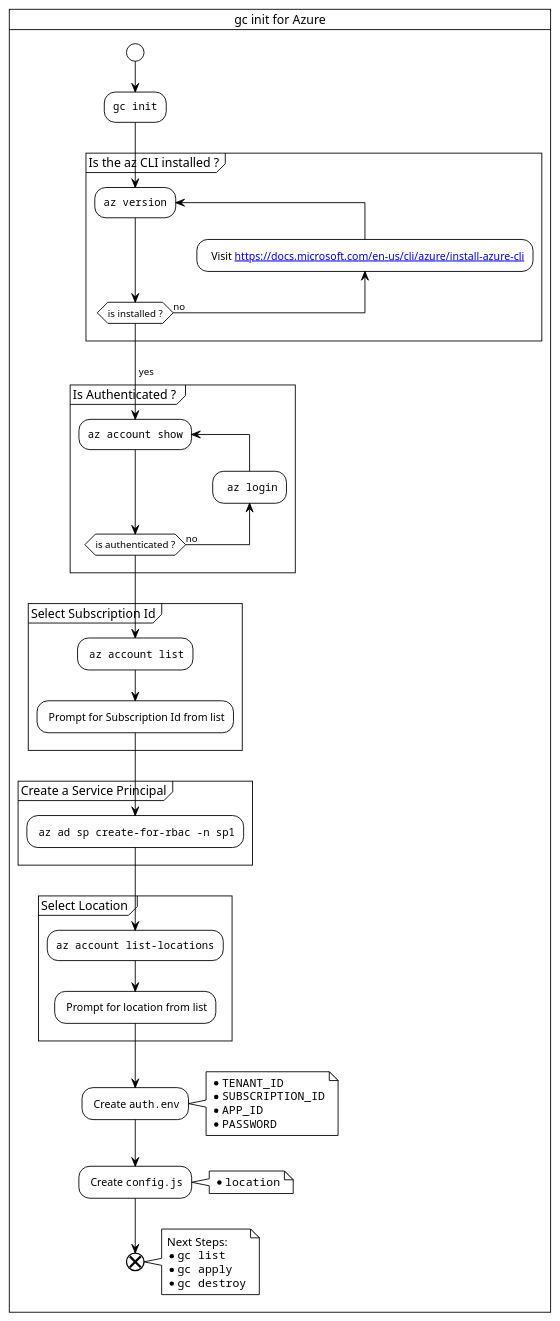
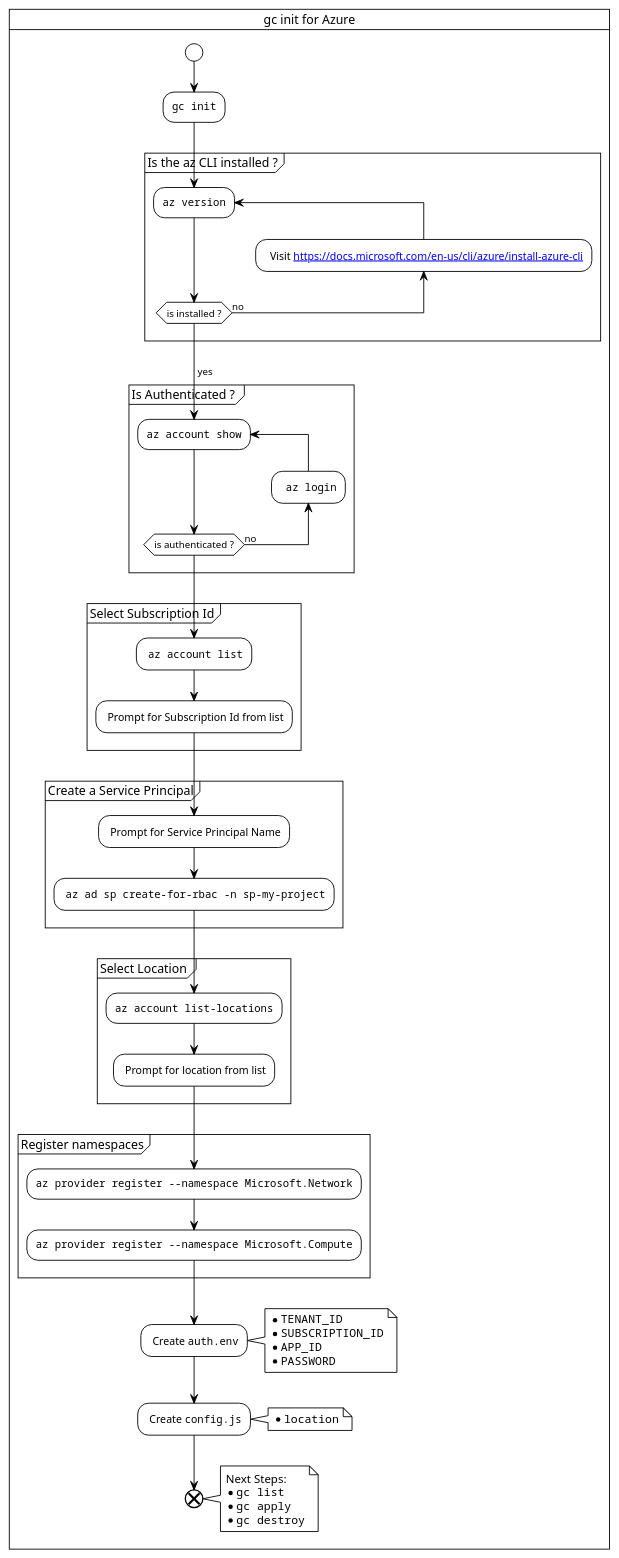
Before and after one commit to grucloud/grucloud: the diagram in docusaurus/plantuml/gc-init-azure.puml, drawn with PlantUML. The commit also changed 4 other files, not shown here.

```diff
--- a/docusaurus/plantuml/gc-init-azure.puml
+++ b/docusaurus/plantuml/gc-init-azure.puml
@@ -1,63 +1,70 @@
 @startuml gc-init-azure
 !theme plain
 
 skinparam svgLinkTarget _blank
 
 card "gc init for Azure" {
 start
 
 :""gc init"";
 
 partition "Is the az CLI installed ?" {
 repeat :""az version"";
 backward:  Visit [[https://docs.microsoft.com/en-us/cli/azure/install-azure-cli]];
 repeat while (is installed ?) is (no) 
 ->yes;
 }
 
 partition "Is Authenticated ? " {
 
 repeat :""az account show"";
 backward:  ""az login"";
 repeat while (is authenticated ?) is (no) 
 
 }
 
 partition "Select Subscription Id" {
  
 : ""az account list"";
 : Prompt for Subscription Id from list;
 }
 
 partition "Create a Service Principal" {
-: ""az ad sp create-for-rbac -n sp1"";
+: Prompt for Service Principal Name;
+: ""az ad sp create-for-rbac -n sp-my-project"";
 }
 
 partition "Select Location " {
-  :""az account list-locations"";
+:""az account list-locations"";
 : Prompt for location from list;
+}
+
+partition "Register namespaces" {
+:""az provider register --namespace Microsoft.Network"";
+:""az provider register --namespace Microsoft.Compute"";
+
 }
 
 : Create ""auth.env"";
 note right
 * ""TENANT_ID""
 * ""SUBSCRIPTION_ID""
 * ""APP_ID""
 * ""PASSWORD""
 end note 
 
 : Create ""config.js"";
 note right
 * ""location""
 end note 
 end
 
 note right
 Next Steps:
 * ""gc list""
 * ""gc apply""
 * ""gc destroy""
 end note 
 
 }
 @enduml
```
